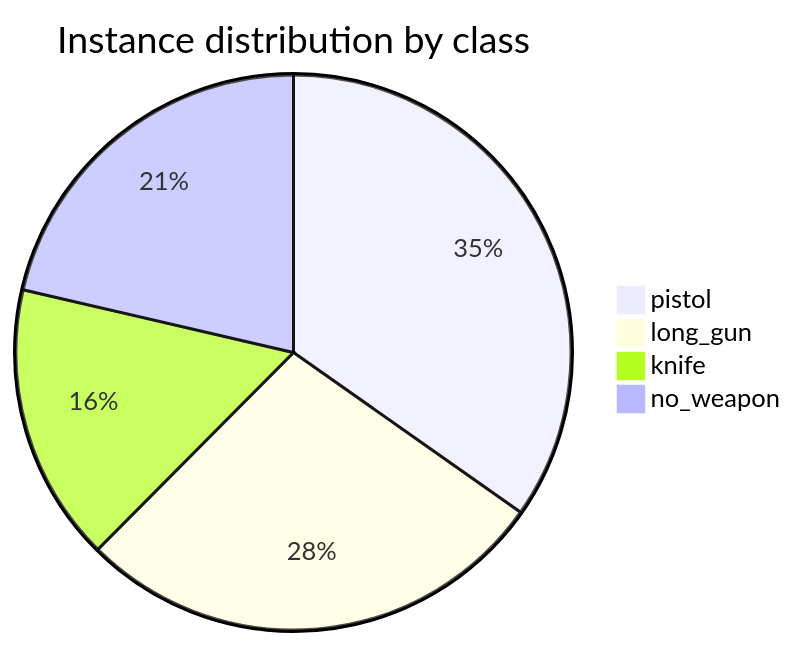
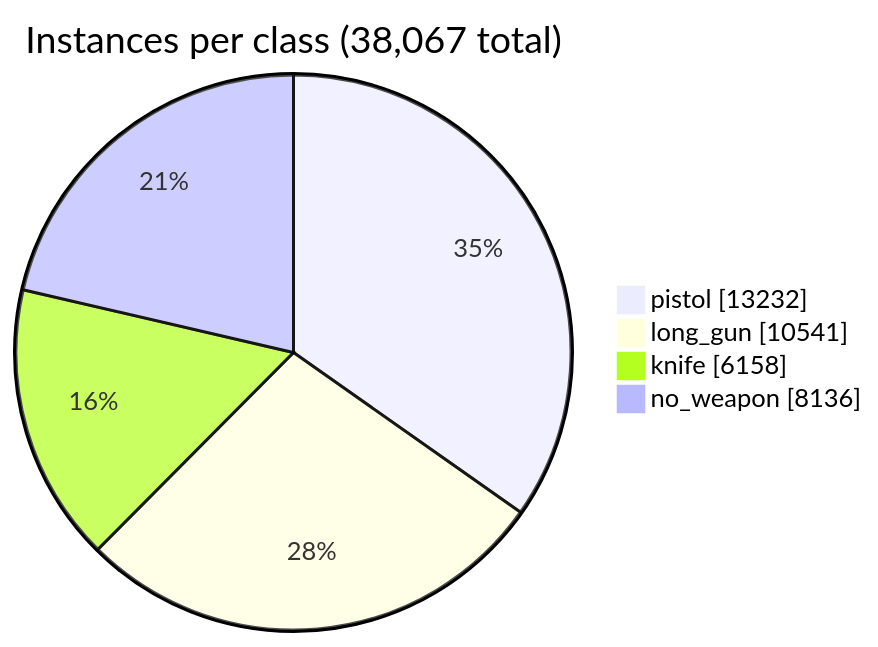
The fourth of 6 diagrams in Readme.md (CostiCatargiu/Yolov12_WeaponDetection), drawn with Mermaid before and after one commit. The commit also changed other lines of this file, not shown here.

````diff
--- a/Readme.md
+++ b/Readme.md
@@ -207,7 +509,8 @@
 ```mermaid
-pie title Instance distribution by class
+pie showData
+    title Instances per class (38,067 total)
     "pistol" : 13232
     "long_gun" : 10541
     "knife" : 6158
     "no_weapon" : 8136
 ```
````
